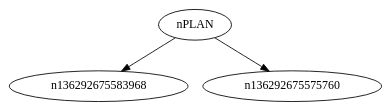
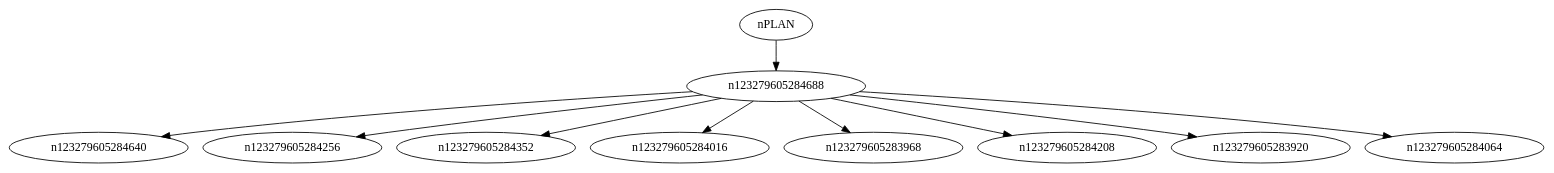
The diagram in dot/arbre.dot (zeroualima/decoupeur_v1), drawn with Graphviz before and after one commit. The commit also changed 15 other files, not shown here.

```diff
--- a/dot/arbre.dot
+++ b/dot/arbre.dot
@@ -1,4 +1,11 @@
 digraph g {
-nPLAN -> n136292675583968;
-nPLAN -> n136292675575760;
+nPLAN -> n123279605284688;
+n123279605284688 -> n123279605284640;
+n123279605284688 -> n123279605284256;
+n123279605284688 -> n123279605284352;
+n123279605284688 -> n123279605284016;
+n123279605284688 -> n123279605283968;
+n123279605284688 -> n123279605284208;
+n123279605284688 -> n123279605283920;
+n123279605284688 -> n123279605284064;
 }
```
